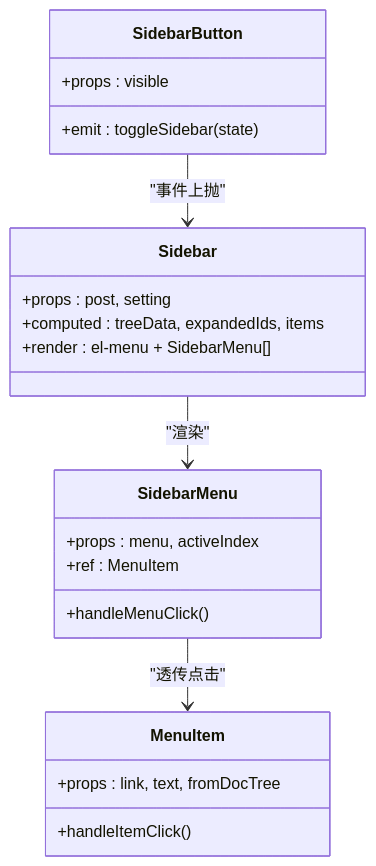
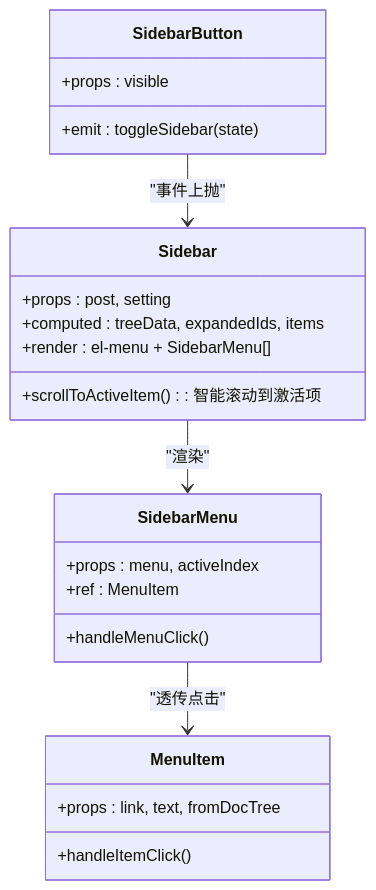
Before and after one commit to terwer/siyuan-plugin-blog: the third of 6 diagrams in .qoder/repowiki/zh/content/核心功能/UI 组件系统/内容组件.md, drawn with Mermaid. The commit also changed other lines of this file and 3 other files, not shown here.

````diff
--- a/.qoder/repowiki/zh/content/核心功能/UI 组件系统/内容组件.md
+++ b/.qoder/repowiki/zh/content/核心功能/UI 组件系统/内容组件.md
@@ -131,24 +147,25 @@
 ```mermaid
 classDiagram
 class Sidebar {
 +props : post, setting
 +computed : treeData, expandedIds, items
 +render : el-menu + SidebarMenu[]
++scrollToActiveItem() : 智能滚动到激活项
 }
 class SidebarMenu {
 +props : menu, activeIndex
 +ref : MenuItem
 +handleMenuClick()
 }
 class MenuItem {
 +props : link, text, fromDocTree
 +handleItemClick()
 }
 class SidebarButton {
 +props : visible
 +emit : toggleSidebar(state)
 }
 Sidebar --> SidebarMenu : "渲染"
 SidebarMenu --> MenuItem : "透传点击"
 SidebarButton --> Sidebar : "事件上抛"
 ```
````
